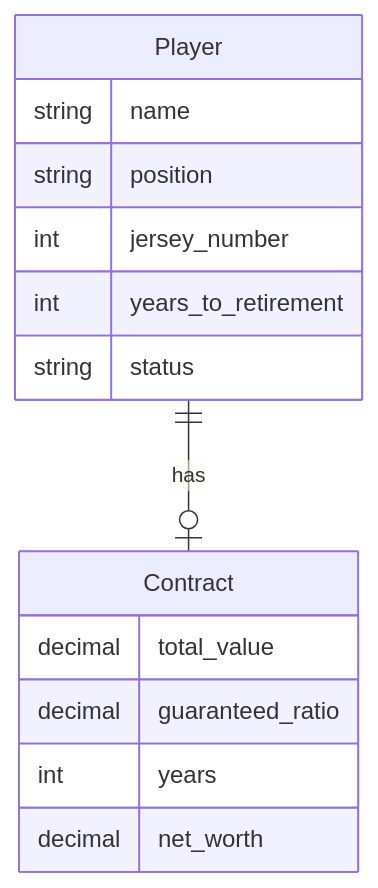
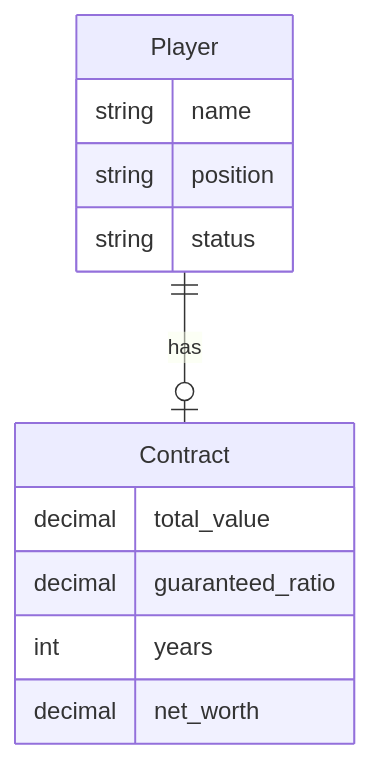
One commit to yechuk/backend changed the second of 6 diagrams in ARCHITECTURE_TOBE.md. Above: the diagram before and after it, drawn with Mermaid. The commit also changed other lines of this file and 1 other file, not shown here.

````diff
--- a/ARCHITECTURE_TOBE.md
+++ b/ARCHITECTURE_TOBE.md
@@ -79,17 +87,15 @@
 ```mermaid
 erDiagram
     Player ||--o| Contract : "has"
     Player {
         string name
         string position
-        int jersey_number
-        int years_to_retirement
         string status
     }
     Contract {
         decimal total_value
         decimal guaranteed_ratio
         int years
         decimal net_worth
     }
 ```
````
